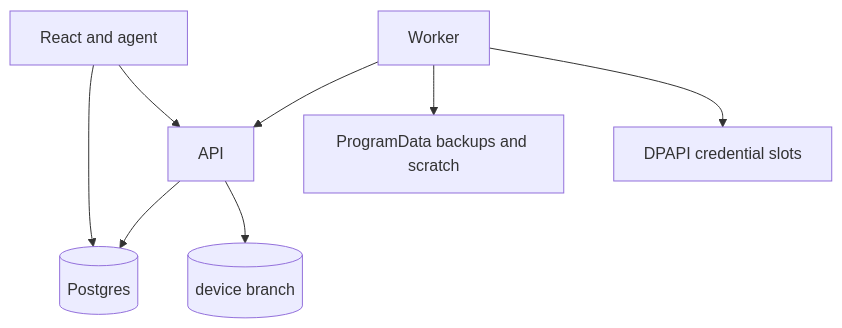
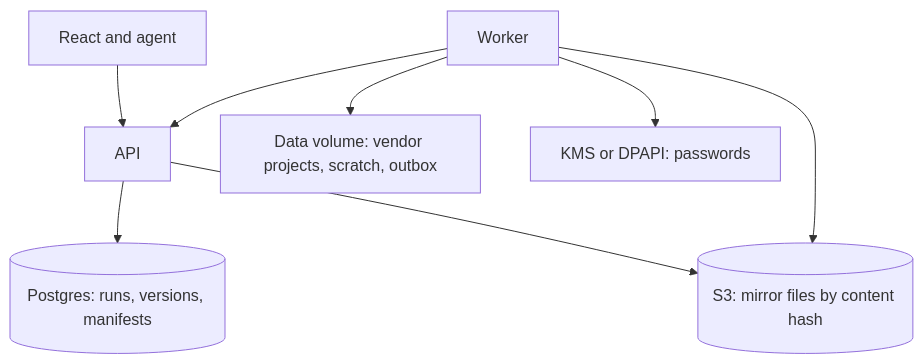
The sixth of 6 diagrams in docs/outpost/PLAN.md (Jhonatan-fluid/Versio-VersionControlSystem), drawn with Mermaid before and after one commit. The commit also changed other lines of this file and 13 other files, not shown here.

````diff
--- a/docs/outpost/PLAN.md
+++ b/docs/outpost/PLAN.md
@@ -704,10 +756,10 @@
 ```mermaid
 flowchart TB
-  web[React and agent] --> db[(Postgres)]
-  web --> api[API]
-  api --> db
-  api --> git[(device branch)]
+  web[React and agent] --> api[API]
+  api --> db[(Postgres: runs, versions, manifests)]
+  api --> store[(S3: mirror files by content hash)]
   worker[Worker] --> api
-  worker --> disk["ProgramData backups and scratch"]
-  worker --> secret[DPAPI credential slots]
+  worker --> store
+  worker --> disk["Data volume: vendor projects, scratch, outbox"]
+  worker --> secret[KMS or DPAPI: passwords]
 ```
````
